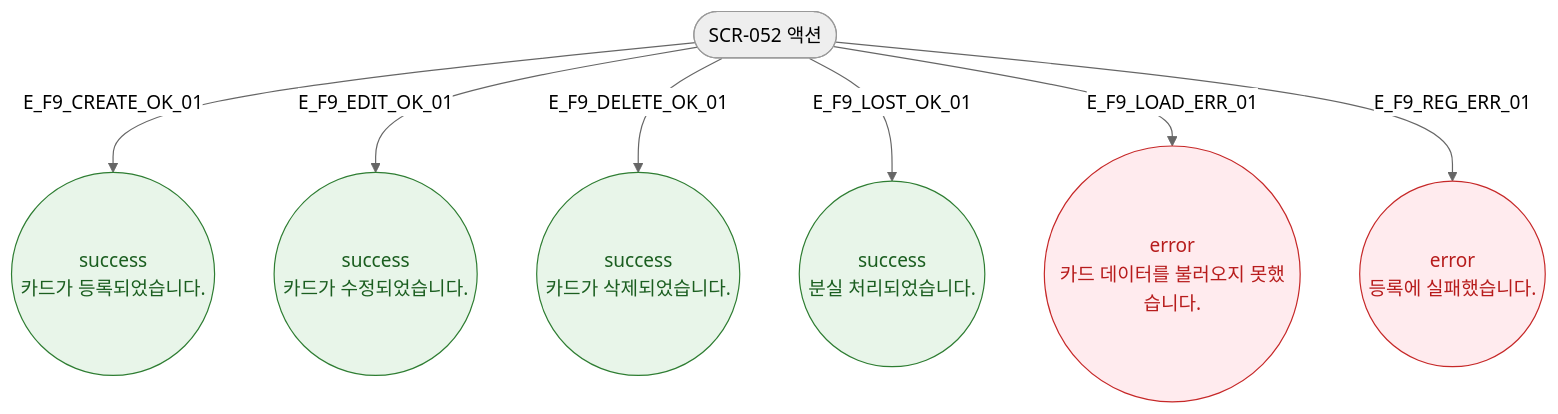
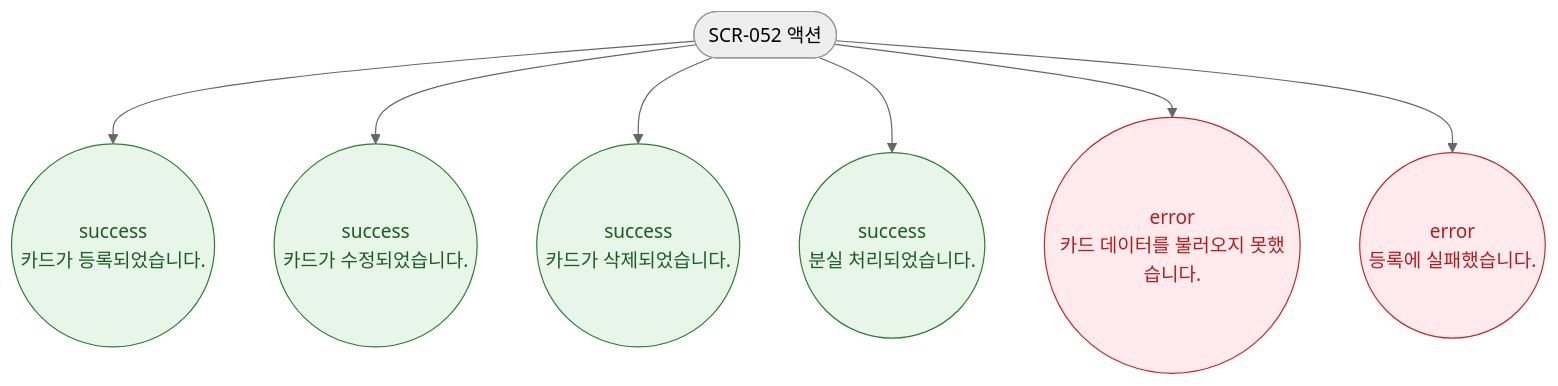
Before and after one commit to dev-spogym/admin-pando: the diagram in docs/다이어그램/D06_시설관리/SCR-052_밴드카드관리/F9_토스트피드백.md, drawn with Mermaid (neutral theme). The commit also changed other lines of this file and 1660 other files, not shown here.

First line of the commit message:
다이어그램: 기획자/클라이언트 납품본으로 정리

````diff
--- a/docs/다이어그램/D06_시설관리/SCR-052_밴드카드관리/F9_토스트피드백.md
+++ b/docs/다이어그램/D06_시설관리/SCR-052_밴드카드관리/F9_토스트피드백.md
@@ -16,16 +14,16 @@
 ```mermaid
 flowchart TD
     TRIGGER([SCR-052 액션])
 
-    TRIGGER -->|E_F9_CREATE_OK_01| T_CREATE((success\n카드가 등록되었습니다.))
-    TRIGGER -->|E_F9_EDIT_OK_01| T_EDIT((success\n카드가 수정되었습니다.))
-    TRIGGER -->|E_F9_DELETE_OK_01| T_DELETE((success\n카드가 삭제되었습니다.))
-    TRIGGER -->|E_F9_LOST_OK_01| T_LOST((success\n분실 처리되었습니다.))
-    TRIGGER -->|E_F9_LOAD_ERR_01| T_LOAD_ERR((error\n카드 데이터를 불러오지 못했습니다.))
-    TRIGGER -->|E_F9_REG_ERR_01| T_REG_ERR((error\n등록에 실패했습니다.))
+    TRIGGER --> T_CREATE((success\n카드가 등록되었습니다.))
+    TRIGGER --> T_EDIT((success\n카드가 수정되었습니다.))
+    TRIGGER --> T_DELETE((success\n카드가 삭제되었습니다.))
+    TRIGGER --> T_LOST((success\n분실 처리되었습니다.))
+    TRIGGER --> T_LOAD_ERR((error\n카드 데이터를 불러오지 못했습니다.))
+    TRIGGER --> T_REG_ERR((error\n등록에 실패했습니다.))
 
     classDef success fill:#E8F5E9,stroke:#2E7D32,color:#1B5E20
     classDef error fill:#FFEBEE,stroke:#C62828,color:#B71C1C
     class T_CREATE,T_EDIT,T_DELETE,T_LOST success
     class T_LOAD_ERR,T_REG_ERR error
 ```
````
